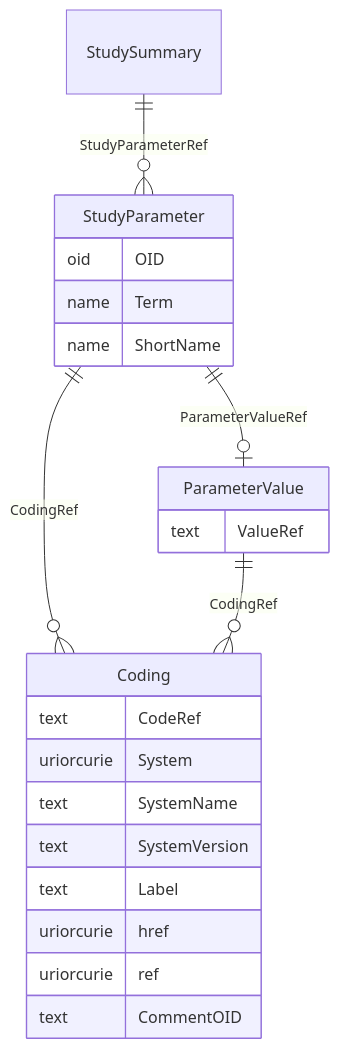
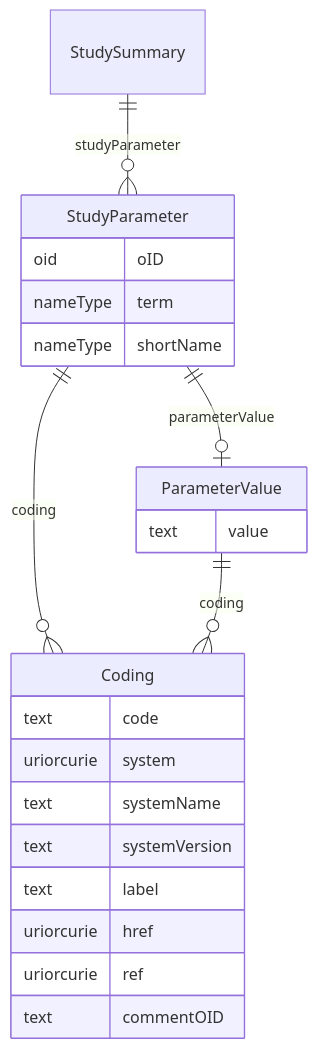
The diagram in docs/StudySummary.md (cdisc-org/DataExchange-ODM-LinkML), drawn with Mermaid before and after one commit. The commit also changed other lines of this file and 759 other files, not shown here.

````diff
--- a/docs/StudySummary.md
+++ b/docs/StudySummary.md
@@ -11,30 +11,30 @@
 ```mermaid
 erDiagram
 StudySummary {
 
 }
 StudyParameter {
-    oid OID  
-    name Term  
-    name ShortName  
+    oid oID  
+    nameType term  
+    nameType shortName  
 }
 Coding {
-    text CodeRef  
-    uriorcurie System  
-    text SystemName  
-    text SystemVersion  
-    text Label  
+    text code  
+    uriorcurie system  
+    text systemName  
+    text systemVersion  
+    text label  
     uriorcurie href  
     uriorcurie ref  
-    text CommentOID  
+    text commentOID  
 }
 ParameterValue {
-    text ValueRef  
+    text value  
 }
 
-StudySummary ||--}o StudyParameter : "StudyParameterRef"
-StudyParameter ||--|o ParameterValue : "ParameterValueRef"
-StudyParameter ||--}o Coding : "CodingRef"
-ParameterValue ||--}o Coding : "CodingRef"
+StudySummary ||--}o StudyParameter : "studyParameter"
+StudyParameter ||--|o ParameterValue : "parameterValue"
+StudyParameter ||--}o Coding : "coding"
+ParameterValue ||--}o Coding : "coding"
 
 ```
````
